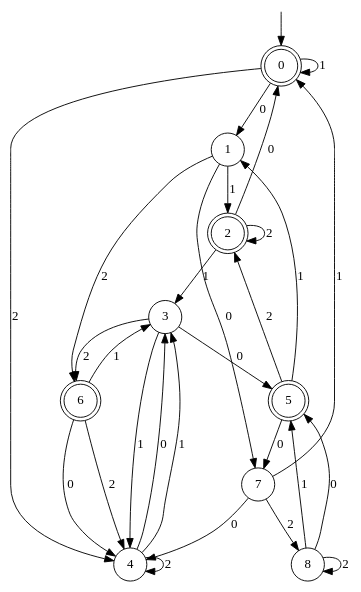
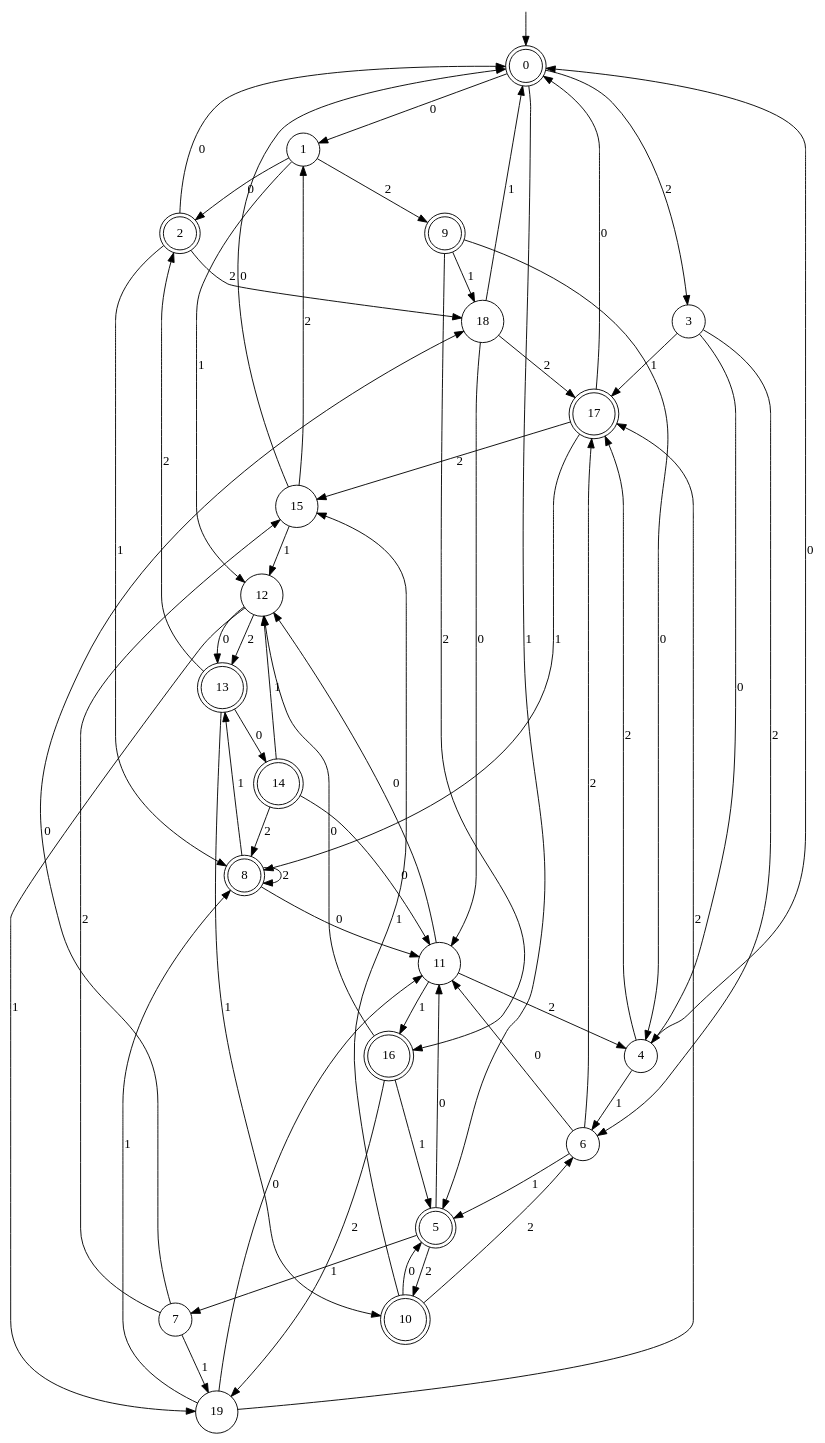
The diagram in algorithms/incremental/ikv/classic-diff.dot (rasofema/learnlib), drawn with Graphviz before and after one commit. The commit also changed 10 other files, not shown here.

```diff
--- a/algorithms/incremental/ikv/classic-diff.dot
+++ b/algorithms/incremental/ikv/classic-diff.dot
@@ -1,43 +1,87 @@
 digraph g {
 
 	s0 [shape="doublecircle" label="0"];
 	s1 [shape="circle" label="1"];
 	s2 [shape="doublecircle" label="2"];
 	s3 [shape="circle" label="3"];
 	s4 [shape="circle" label="4"];
 	s5 [shape="doublecircle" label="5"];
-	s6 [shape="doublecircle" label="6"];
+	s6 [shape="circle" label="6"];
 	s7 [shape="circle" label="7"];
-	s8 [shape="circle" label="8"];
+	s8 [shape="doublecircle" label="8"];
+	s9 [shape="doublecircle" label="9"];
+	s10 [shape="doublecircle" label="10"];
+	s11 [shape="circle" label="11"];
+	s12 [shape="circle" label="12"];
+	s13 [shape="doublecircle" label="13"];
+	s14 [shape="doublecircle" label="14"];
+	s15 [shape="circle" label="15"];
+	s16 [shape="doublecircle" label="16"];
+	s17 [shape="doublecircle" label="17"];
+	s18 [shape="circle" label="18"];
+	s19 [shape="circle" label="19"];
 	s0 -> s1 [label="0"];
-	s0 -> s0 [label="1"];
-	s0 -> s4 [label="2"];
-	s1 -> s7 [label="0"];
-	s1 -> s2 [label="1"];
-	s1 -> s6 [label="2"];
+	s0 -> s5 [label="1"];
+	s0 -> s3 [label="2"];
+	s1 -> s2 [label="0"];
+	s1 -> s12 [label="1"];
+	s1 -> s9 [label="2"];
 	s2 -> s0 [label="0"];
-	s2 -> s3 [label="1"];
-	s2 -> s2 [label="2"];
-	s3 -> s5 [label="0"];
-	s3 -> s4 [label="1"];
+	s2 -> s8 [label="1"];
+	s2 -> s18 [label="2"];
+	s3 -> s4 [label="0"];
+	s3 -> s17 [label="1"];
 	s3 -> s6 [label="2"];
-	s4 -> s3 [label="0"];
-	s4 -> s3 [label="1"];
-	s4 -> s4 [label="2"];
-	s5 -> s7 [label="0"];
-	s5 -> s1 [label="1"];
-	s5 -> s2 [label="2"];
-	s6 -> s4 [label="0"];
-	s6 -> s3 [label="1"];
-	s6 -> s4 [label="2"];
-	s7 -> s4 [label="0"];
-	s7 -> s0 [label="1"];
-	s7 -> s8 [label="2"];
-	s8 -> s5 [label="0"];
-	s8 -> s5 [label="1"];
+	s4 -> s0 [label="0"];
+	s4 -> s6 [label="1"];
+	s4 -> s17 [label="2"];
+	s5 -> s11 [label="0"];
+	s5 -> s7 [label="1"];
+	s5 -> s10 [label="2"];
+	s6 -> s11 [label="0"];
+	s6 -> s5 [label="1"];
+	s6 -> s17 [label="2"];
+	s7 -> s18 [label="0"];
+	s7 -> s19 [label="1"];
+	s7 -> s15 [label="2"];
+	s8 -> s11 [label="0"];
+	s8 -> s13 [label="1"];
 	s8 -> s8 [label="2"];
+	s9 -> s4 [label="0"];
+	s9 -> s18 [label="1"];
+	s9 -> s16 [label="2"];
+	s10 -> s5 [label="0"];
+	s10 -> s15 [label="1"];
+	s10 -> s6 [label="2"];
+	s11 -> s12 [label="0"];
+	s11 -> s16 [label="1"];
+	s11 -> s4 [label="2"];
+	s12 -> s13 [label="0"];
+	s12 -> s19 [label="1"];
+	s12 -> s13 [label="2"];
+	s13 -> s14 [label="0"];
+	s13 -> s10 [label="1"];
+	s13 -> s2 [label="2"];
+	s14 -> s11 [label="0"];
+	s14 -> s12 [label="1"];
+	s14 -> s8 [label="2"];
+	s15 -> s0 [label="0"];
+	s15 -> s12 [label="1"];
+	s15 -> s1 [label="2"];
+	s16 -> s12 [label="0"];
+	s16 -> s5 [label="1"];
+	s16 -> s19 [label="2"];
+	s17 -> s0 [label="0"];
+	s17 -> s8 [label="1"];
+	s17 -> s15 [label="2"];
+	s18 -> s11 [label="0"];
+	s18 -> s0 [label="1"];
+	s18 -> s17 [label="2"];
+	s19 -> s11 [label="0"];
+	s19 -> s8 [label="1"];
+	s19 -> s17 [label="2"];
 
 __start0 [label="" shape="none" width="0" height="0"];
 __start0 -> s0;
 
 }
```
